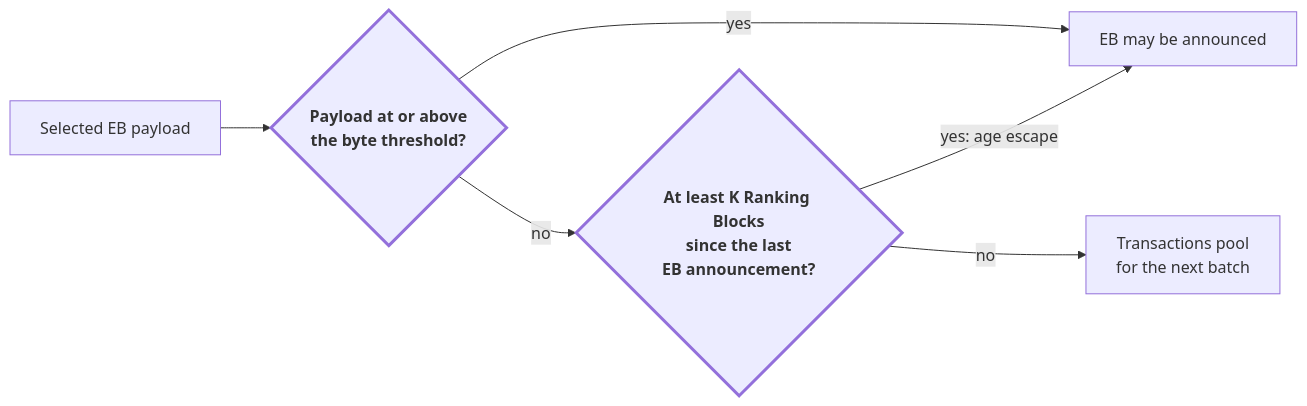
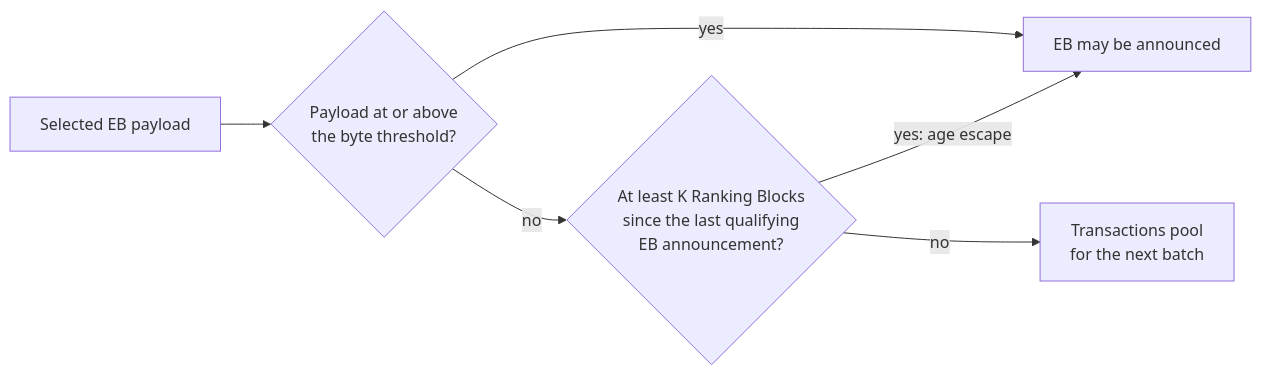
The fourth of 4 diagrams in docs/phase-2/CIP-urgency-signalling/README.md (input-output-hk/tiered-pricing), drawn with Mermaid before and after one commit. The commit also changed other lines of this file and 28 other files, not shown here.

````diff
--- a/docs/phase-2/CIP-urgency-signalling/README.md
+++ b/docs/phase-2/CIP-urgency-signalling/README.md
@@ -551,10 +521,8 @@
 ```mermaid
 flowchart LR
     P["Selected EB payload"] --> T1{"Payload at or above<br/>the byte threshold?"}
     T1 -- "yes" --> A["EB may be announced"]
-    T1 -- "no" --> T2{"At least K Ranking Blocks<br/>since the last<br/>EB announcement?"}
+    T1 -- "no" --> T2{"At least K Ranking Blocks<br/>since the last qualifying<br/>EB announcement?"}
     T2 -- "yes: age escape" --> A
     T2 -- "no" --> W["Transactions pool<br/>for the next batch"]
-    classDef enforced stroke-width:3px,font-weight:bold;
-    class T1,T2 enforced;
 ```
````
